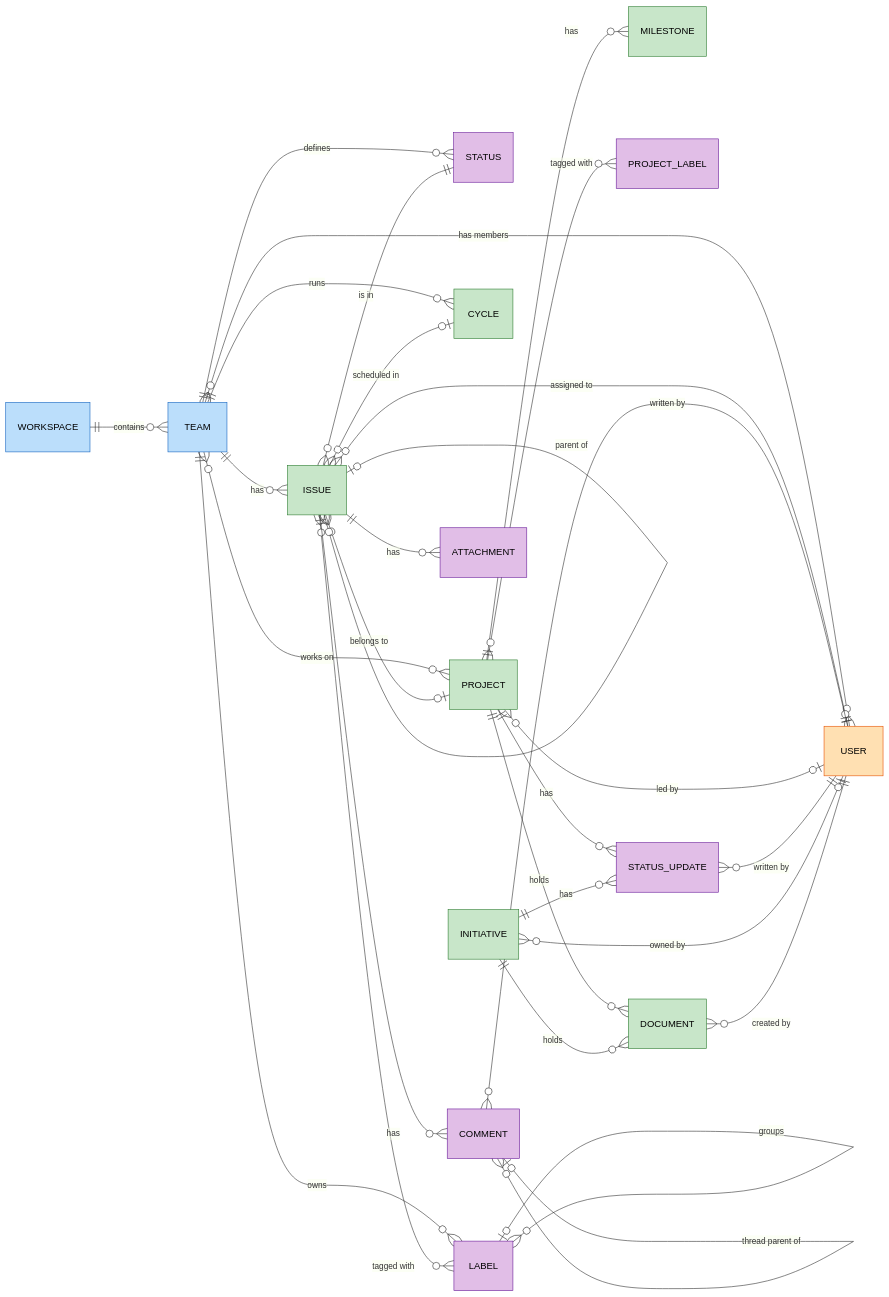
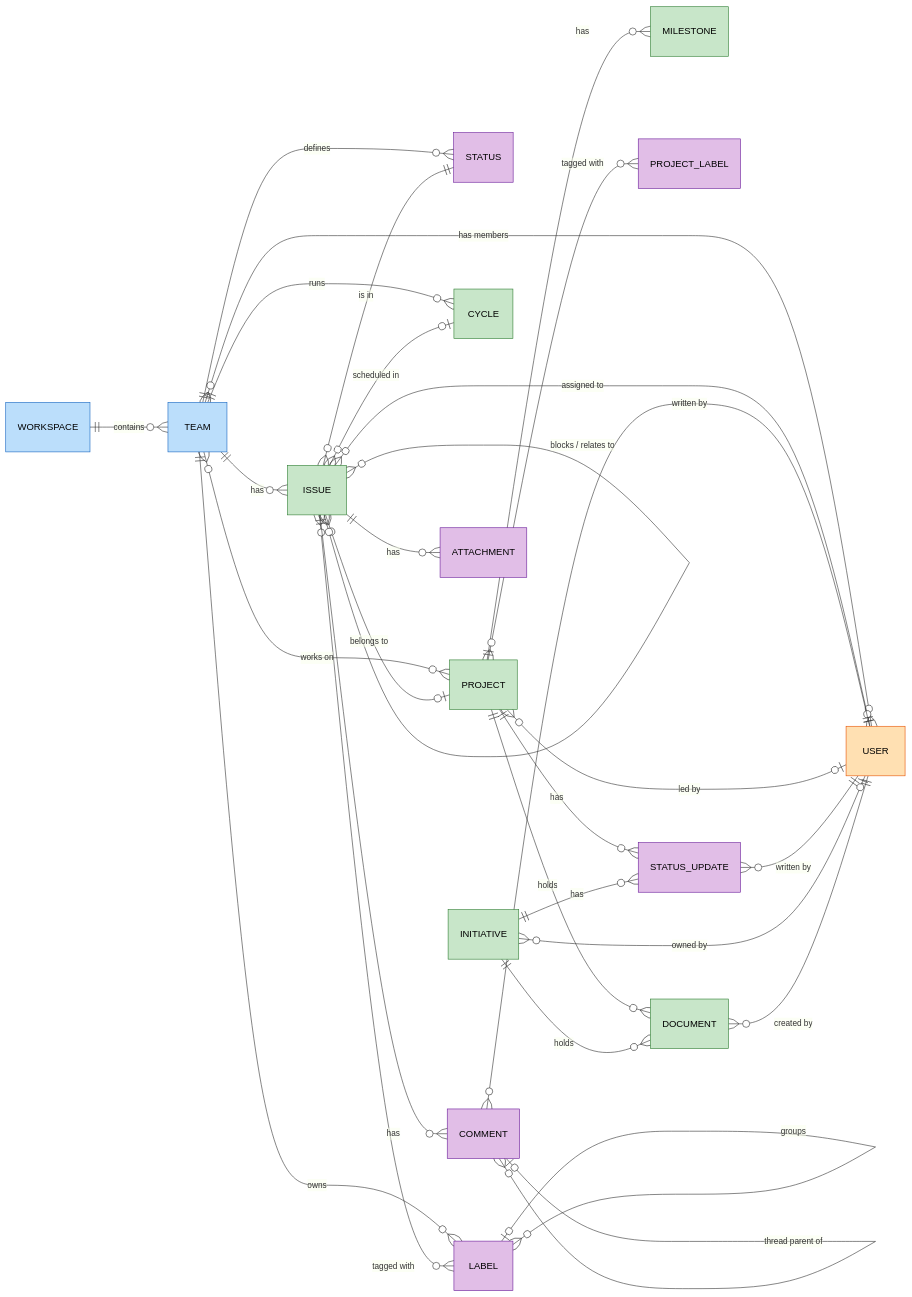
Before and after one commit to alephic-ai/foac: the diagram in doc/linear.md, drawn with Mermaid. The commit also changed 4 other files, not shown here.

````diff
--- a/doc/linear.md
+++ b/doc/linear.md
@@ -22,41 +22,42 @@
 ```mermaid
 erDiagram
     %% LR stacks siblings vertically: tall and narrow instead of very wide
     direction LR
     WORKSPACE ||--o{ TEAM : contains
     TEAM }o--o{ USER : "has members"
     TEAM ||--o{ ISSUE : has
     TEAM ||--o{ STATUS : defines
     TEAM ||--o{ LABEL : owns
     TEAM ||--o{ CYCLE : runs
     TEAM }o--o{ PROJECT : "works on"
     LABEL |o--o{ LABEL : groups
     ISSUE }o--|| STATUS : "is in"
     ISSUE }o--o| USER : "assigned to"
     ISSUE }o--o| PROJECT : "belongs to"
     ISSUE }o--o| CYCLE : "scheduled in"
     ISSUE }o--o{ LABEL : "tagged with"
     ISSUE |o--o{ ISSUE : "parent of"
+    ISSUE }o--o{ ISSUE : "blocks / relates to"
     ISSUE ||--o{ COMMENT : has
     ISSUE ||--o{ ATTACHMENT : has
     COMMENT }o--|| USER : "written by"
     COMMENT |o--o{ COMMENT : "thread parent of"
     PROJECT ||--o{ MILESTONE : has
     PROJECT }o--o| USER : "led by"
     PROJECT }o--o{ PROJECT_LABEL : "tagged with"
     PROJECT ||--o{ STATUS_UPDATE : has
     INITIATIVE ||--o{ STATUS_UPDATE : has
     STATUS_UPDATE }o--|| USER : "written by"
     INITIATIVE }o--o| USER : "owned by"
     PROJECT ||--o{ DOCUMENT : holds
     INITIATIVE ||--o{ DOCUMENT : holds
     DOCUMENT }o--|| USER : "created by"
     classDef scope fill:#bbdefb,stroke:#1565c0,color:#000
     classDef work fill:#c8e6c9,stroke:#2e7d32,color:#000
     classDef people fill:#ffe0b2,stroke:#e65100,color:#000
     classDef annotation fill:#e1bee7,stroke:#6a1b9a,color:#000
     class WORKSPACE,TEAM scope
     class ISSUE,PROJECT,INITIATIVE,CYCLE,MILESTONE,DOCUMENT work
     class USER people
     class STATUS,LABEL,PROJECT_LABEL,COMMENT,ATTACHMENT,STATUS_UPDATE annotation
 ```
````
